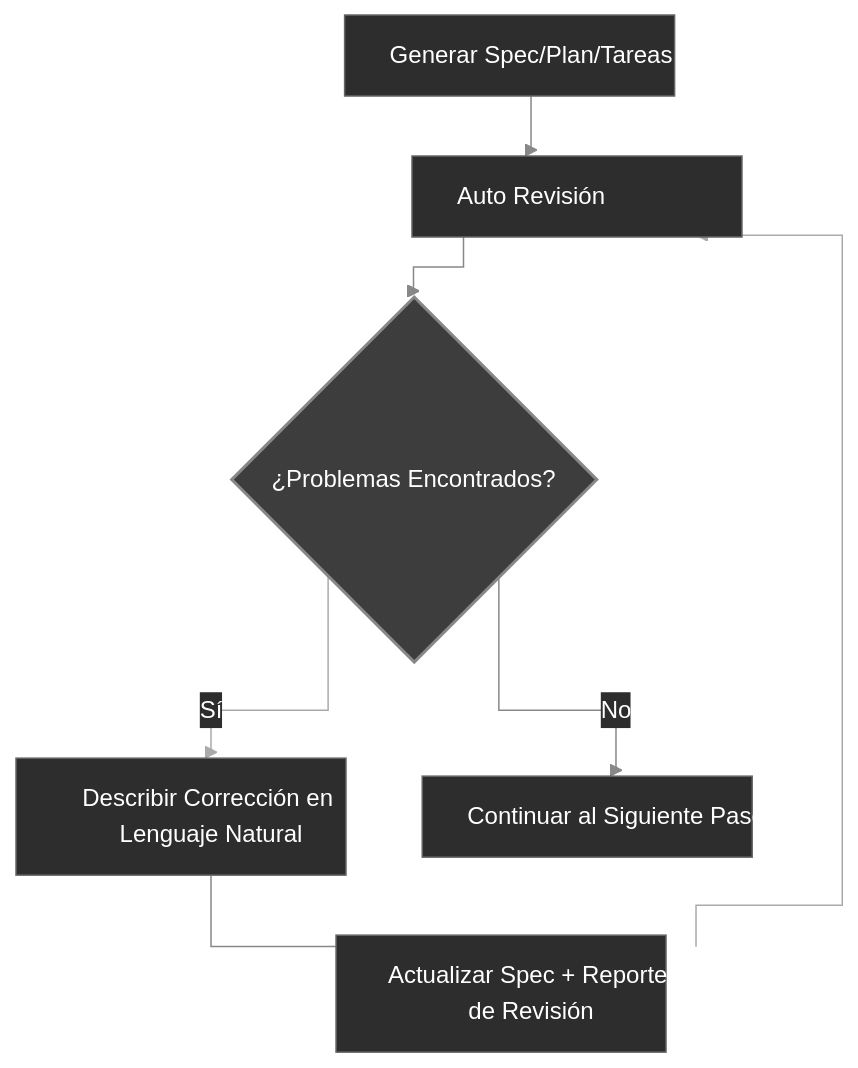
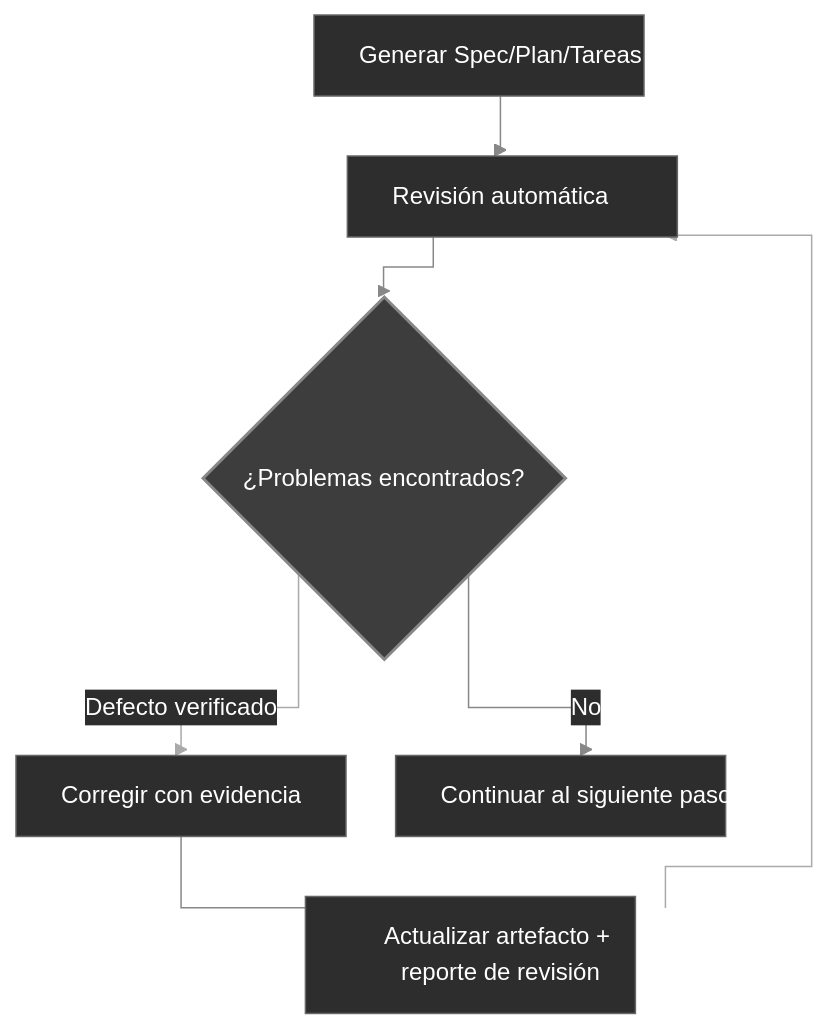
One commit to Zts0hg/codexspec changed the diagram in README.es.md. Above: the diagram before and after it, drawn with Mermaid. The commit also changed other lines of this file and 6 other files, not shown here.

````diff
--- a/README.es.md
+++ b/README.es.md
@@ -346,31 +348,31 @@
 ```mermaid
 %%{init: {
   'theme': 'base',
   'themeVariables': {
     'lineColor': '#888888',
     'primaryColor': '#2d2d2d',
     'primaryTextColor': '#ffffff',
     'primaryBorderColor': '#666666'
   },
   'flowchart': {
     'curve': 'stepBefore',
     'nodeSpacing': 50,
     'rankSpacing': 40
   }
 }}%%
 flowchart TB
     classDef rectStyle fill:#2d2d2d,stroke:#666,stroke-width:1px,color:#fff,width:220px;
     classDef diamondStyle fill:#3d3d3d,stroke:#888,stroke-width:2px,color:#fff;
 
-    A["Generar Spec/Plan/Tareas"]:::rectStyle --> B["Auto Revisión"]:::rectStyle
-    B --> C{"¿Problemas Encontrados?"}:::diamondStyle
+    A["Generar Spec/Plan/Tareas"]:::rectStyle --> B["Revisión automática"]:::rectStyle
+    B --> C{"¿Problemas encontrados?"}:::diamondStyle
 
-    C -->|Sí| D["Describir Corrección en Lenguaje Natural"]:::rectStyle
-    D --> E["Actualizar Spec + Reporte de Revisión"]:::rectStyle
+    C -->|Defecto verificado| D["Corregir con evidencia"]:::rectStyle
+    D --> E["Actualizar artefacto + reporte de revisión"]:::rectStyle
 
     E --> B
 
-    C -->|No| F["Continuar al Siguiente Paso"]:::rectStyle
+    C -->|No| F["Continuar al siguiente paso"]:::rectStyle
 
     linkStyle 2,4 stroke:#aaa,stroke-width:1px;
 ```
````
